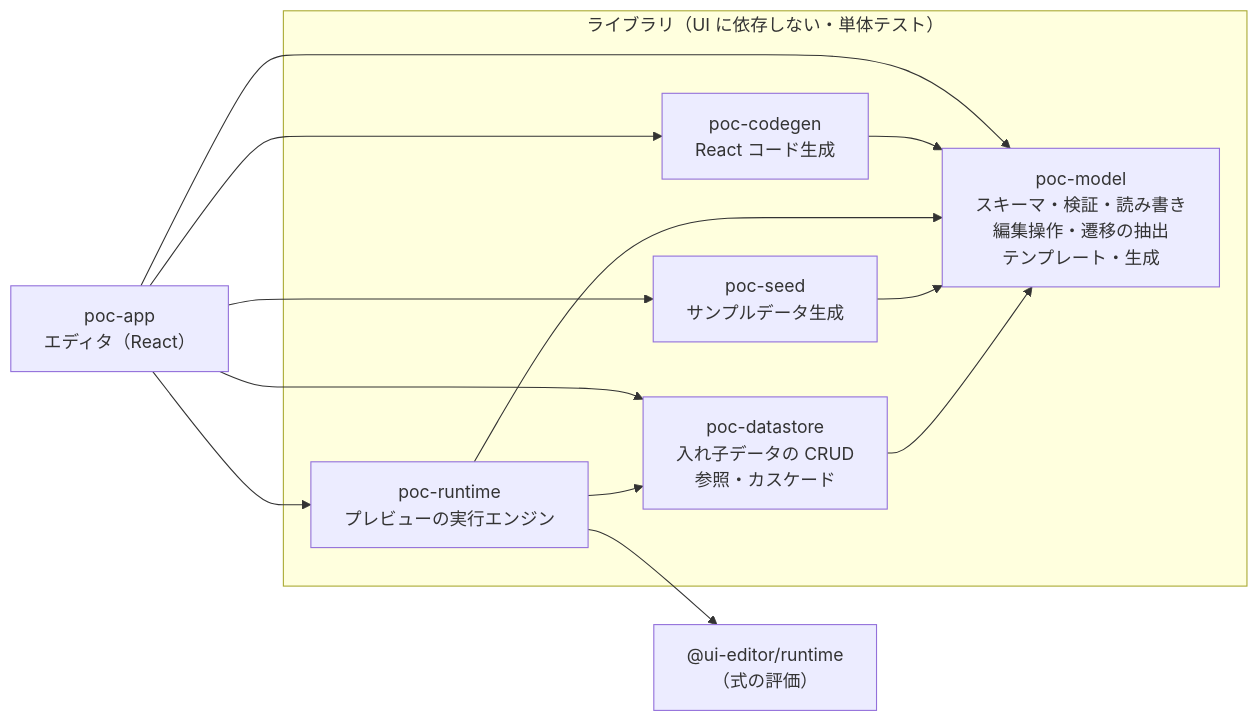
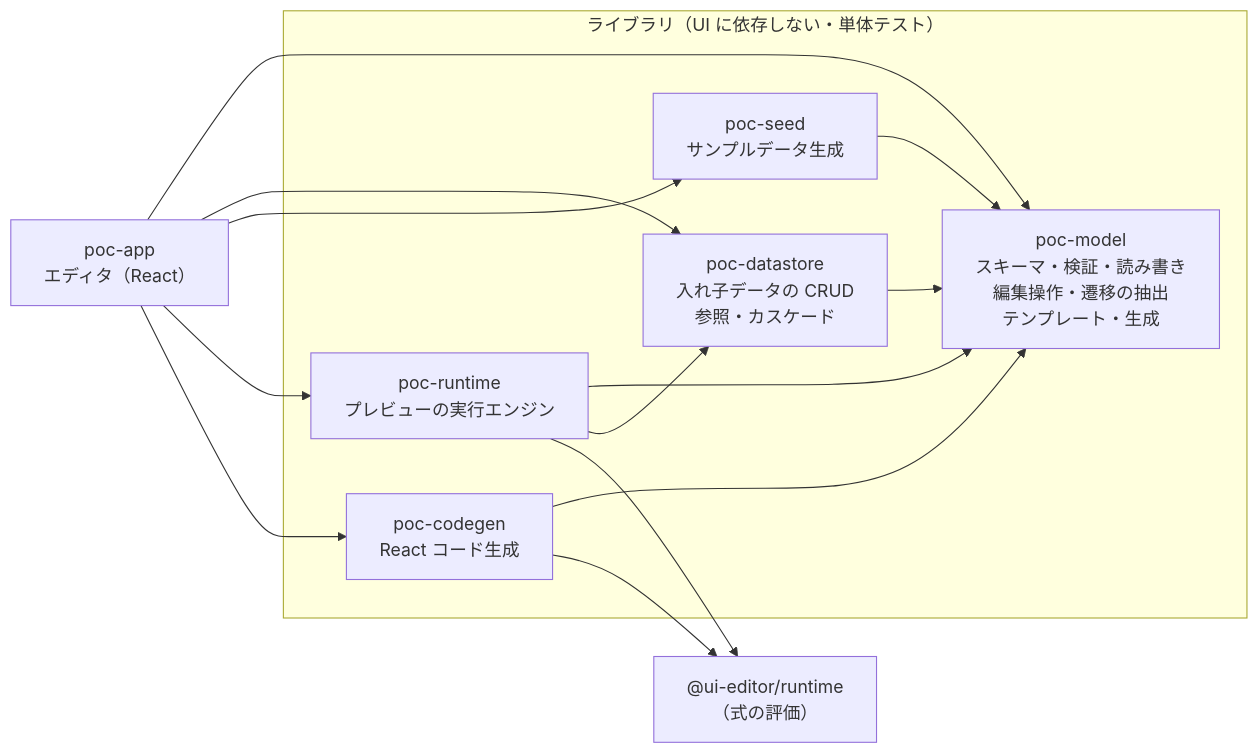
One commit to ysksm/ui-editor changed the diagram in original-poc/docs/architecture.md. Above: the diagram before and after it, drawn with Mermaid. The commit also changed other lines of this file and 71 other files, not shown here.

````diff
--- a/original-poc/docs/architecture.md
+++ b/original-poc/docs/architecture.md
@@ -22,23 +22,24 @@
 ```mermaid
 flowchart LR
   subgraph lib["ライブラリ（UI に依存しない・単体テスト）"]
     model["poc-model<br/>スキーマ・検証・読み書き<br/>編集操作・遷移の抽出<br/>テンプレート・生成"]
     datastore["poc-datastore<br/>入れ子データの CRUD<br/>参照・カスケード"]
     seed["poc-seed<br/>サンプルデータ生成"]
     runtime["poc-runtime<br/>プレビューの実行エンジン"]
     codegen["poc-codegen<br/>React コード生成"]
   end
   app["poc-app<br/>エディタ（React）"]
   v0rt["@ui-editor/runtime<br/>（式の評価）"]
   datastore --> model
   seed --> model
   runtime --> model
   runtime --> datastore
   runtime --> v0rt
   codegen --> model
+  codegen --> v0rt
   app --> model
   app --> datastore
   app --> seed
   app --> runtime
   app --> codegen
 ```
````
